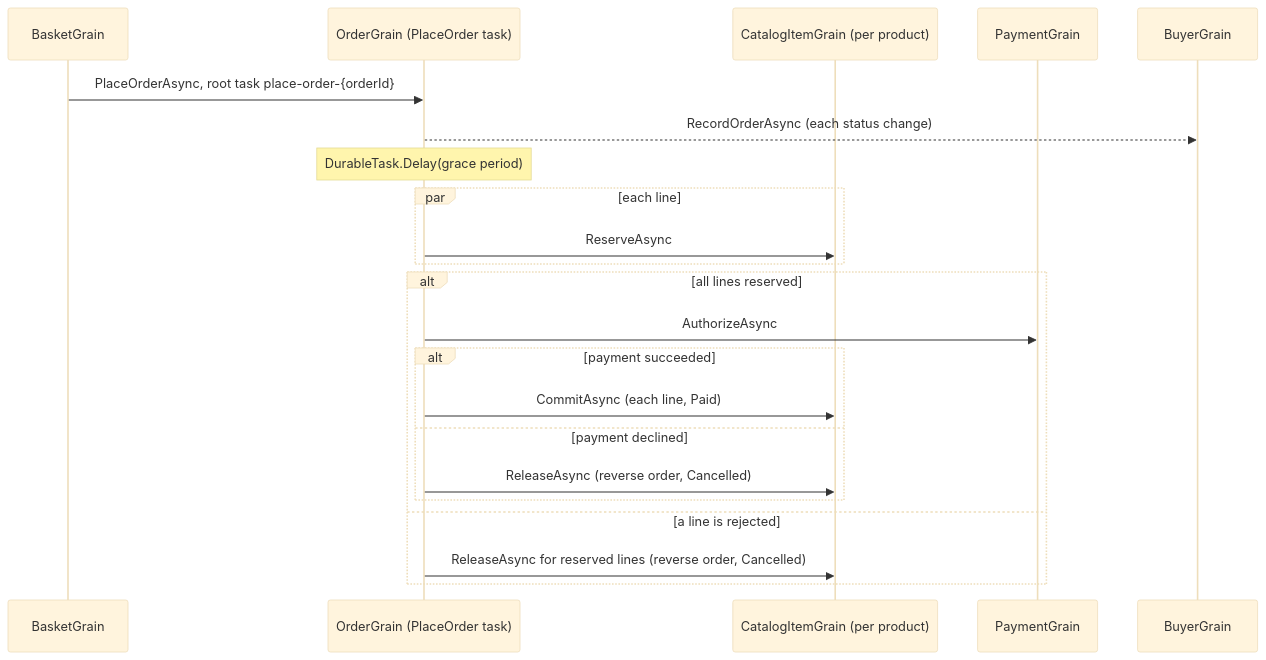
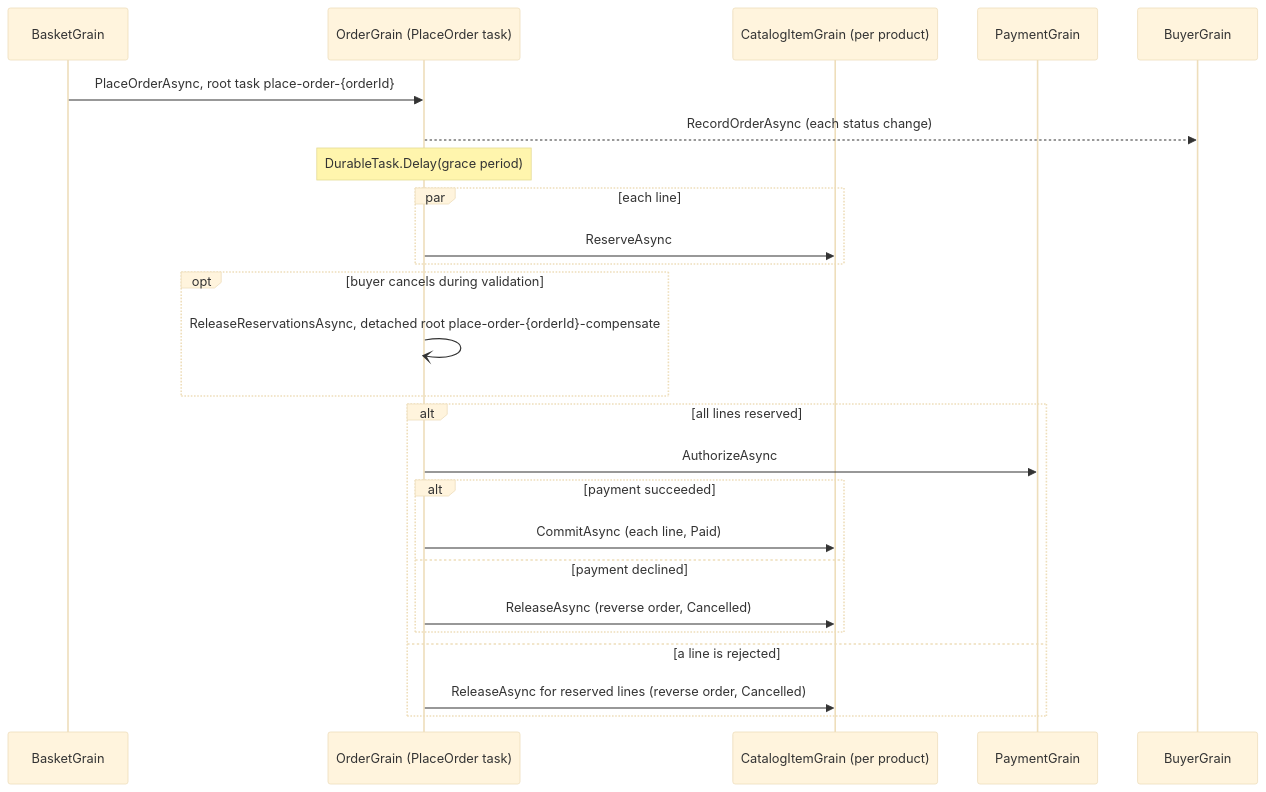
The diagram in playground/DurableOrderProcessing/README.md (ReubenBond/orleans), drawn with Mermaid (base theme) before and after one commit. The commit also changed other lines of this file and 1 other file, not shown here.

First line of the commit message:
feat(playground): cancel durable orders during validation with compensation

````diff
--- a/playground/DurableOrderProcessing/README.md
+++ b/playground/DurableOrderProcessing/README.md
@@ -16,24 +16,27 @@
 ```mermaid
 sequenceDiagram
     participant Basket as BasketGrain
     participant Order as OrderGrain (PlaceOrder task)
     participant Catalog as CatalogItemGrain (per product)
     participant Payment as PaymentGrain
     participant Buyer as BuyerGrain
     Basket->>Order: PlaceOrderAsync, root task place-order-{orderId}
     Order-->>Buyer: RecordOrderAsync (each status change)
     Note over Order: DurableTask.Delay(grace period)
     par each line
         Order->>Catalog: ReserveAsync
     end
+    opt buyer cancels during validation
+        Order-)Order: ReleaseReservationsAsync, detached root place-order-{orderId}-compensate
+    end
     alt all lines reserved
         Order->>Payment: AuthorizeAsync
         alt payment succeeded
             Order->>Catalog: CommitAsync (each line, Paid)
         else payment declined
             Order->>Catalog: ReleaseAsync (reverse order, Cancelled)
         end
     else a line is rejected
         Order->>Catalog: ReleaseAsync for reserved lines (reverse order, Cancelled)
     end
 ```
````
